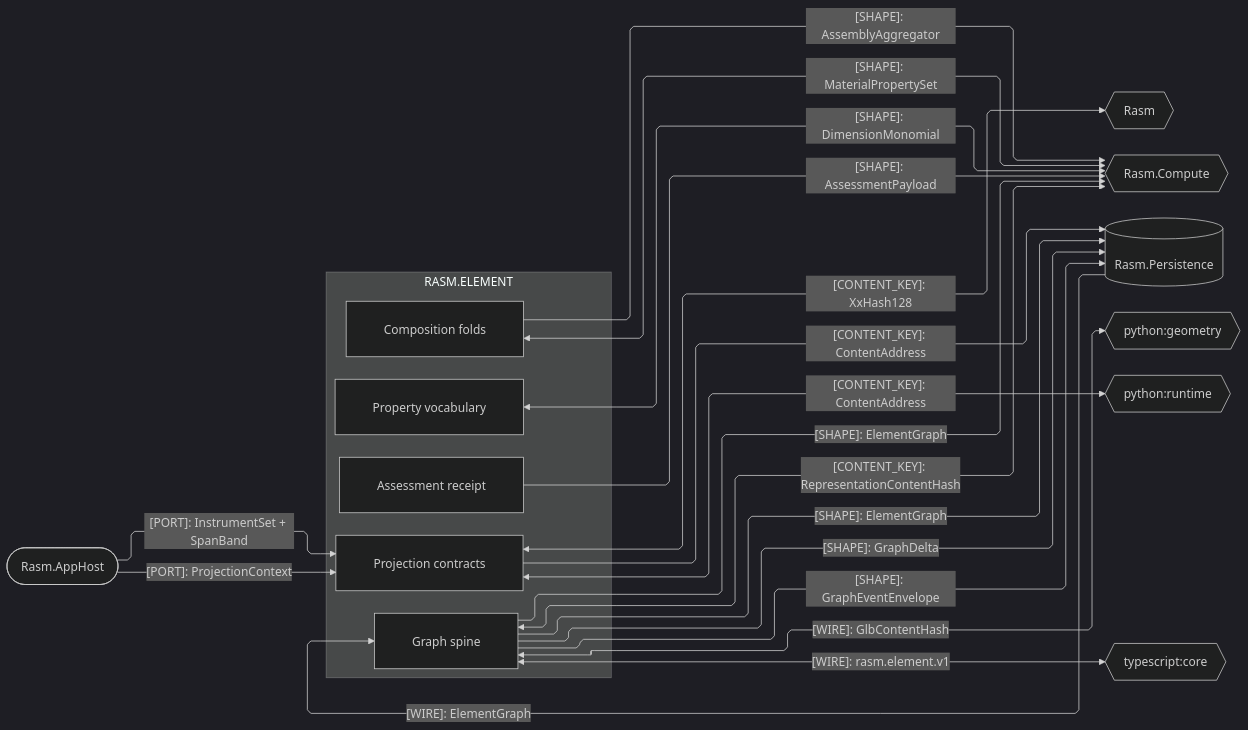
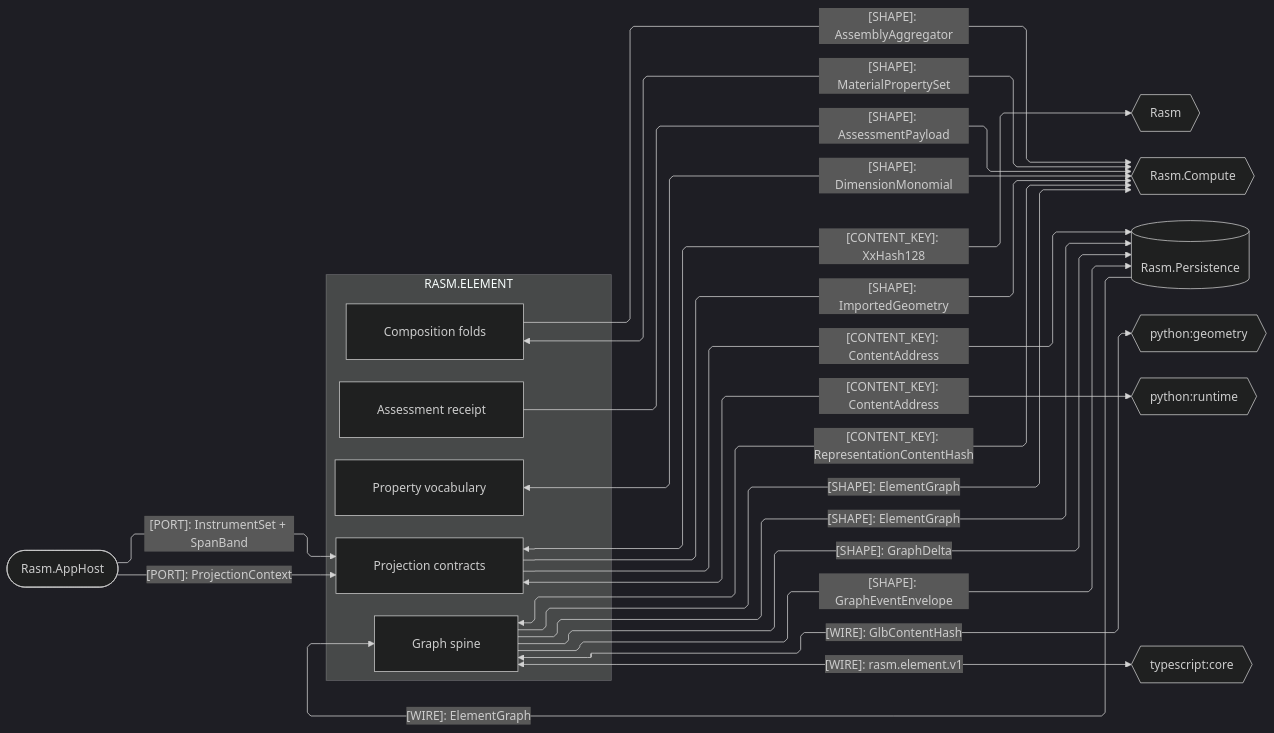
One commit to bsamiee/Rasm changed the third of 3 diagrams in libs/csharp/Rasm.Element/ARCHITECTURE.md. Above: the diagram before and after it, drawn with Mermaid (dark theme). The commit also changed other lines of this file and 236 other files, not shown here.

````diff
--- a/libs/csharp/Rasm.Element/ARCHITECTURE.md
+++ b/libs/csharp/Rasm.Element/ARCHITECTURE.md
@@ -163,43 +164,44 @@
 ```mermaid
 ---
 config:
   layout: elk
   flowchart:
     curve: linear
     padding: 25
 ---
 flowchart LR
     accTitle: Element platform and cross-runtime wire seams
     accDescr: Element sub-domain owners exchanging content keys, shapes, and wires with the kernel, app host, compute, persistence, and the Python and TypeScript peers, one edge per contract family mirrored on the counterpart folder.
     subgraph element[RASM.ELEMENT]
         Graph[Graph spine]
         Projection[Projection contracts]
         Composition[Composition folds]
         Properties[Property vocabulary]
         Assessment[Assessment receipt]
     end
     Rasm{{Rasm}}
     AppHost([Rasm.AppHost])
     Compute{{Rasm.Compute}}
     Persistence[(Rasm.Persistence)]
     Geometry{{python:geometry}}
     Runtime{{python:runtime}}
     Core{{typescript:core}}
     Projection <-->|"[CONTENT_KEY]: XxHash128"| Rasm
     AppHost -->|"[PORT]: ProjectionContext"| Projection
     AppHost -->|"[PORT]: InstrumentSet + SpanBand"| Projection
     Projection -->|"[CONTENT_KEY]: ContentAddress"| Persistence
     Graph -->|"[SHAPE]: ElementGraph"| Persistence
     Graph -->|"[SHAPE]: GraphDelta"| Persistence
     Graph -->|"[SHAPE]: GraphEventEnvelope"| Persistence
     Persistence -->|"[WIRE]: ElementGraph"| Graph
     Graph <-->|"[CONTENT_KEY]: RepresentationContentHash"| Compute
     Composition -->|"[SHAPE]: AssemblyAggregator"| Compute
     Composition <-->|"[SHAPE]: MaterialPropertySet"| Compute
     Properties <-->|"[SHAPE]: DimensionMonomial"| Compute
     Assessment -->|"[SHAPE]: AssessmentPayload"| Compute
     Graph -->|"[SHAPE]: ElementGraph"| Compute
+    Projection -->|"[SHAPE]: ImportedGeometry"| Compute
     Graph <-->|"[WIRE]: GlbContentHash"| Geometry
     Projection <-->|"[CONTENT_KEY]: ContentAddress"| Runtime
     Graph <-->|"[WIRE]: rasm.element.v1"| Core
 ```
````
